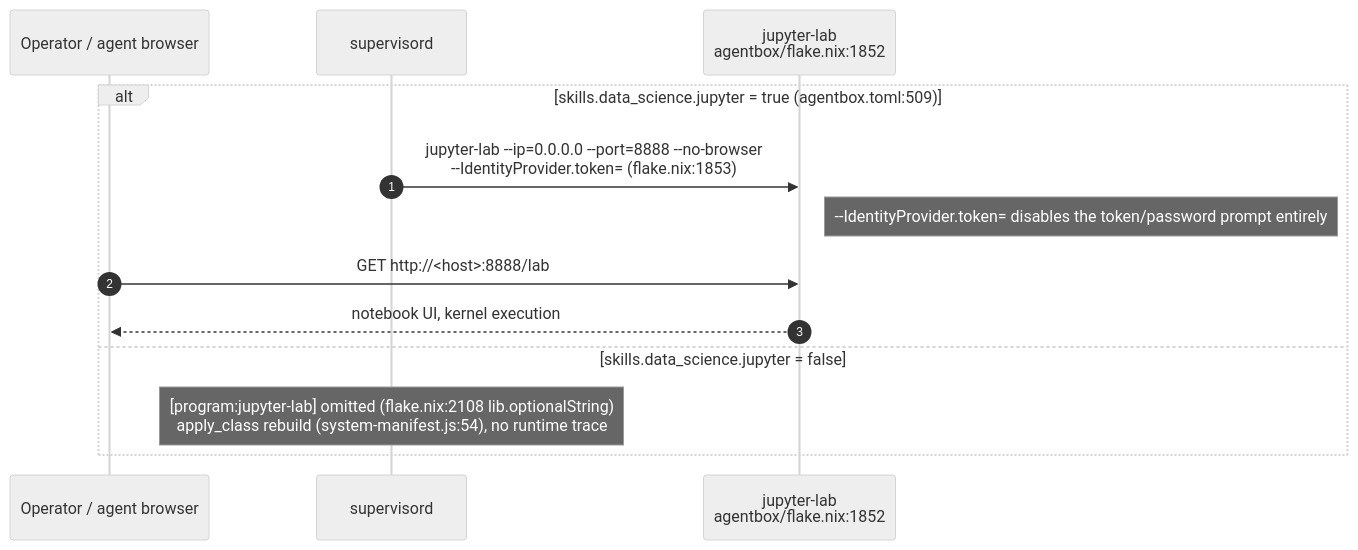
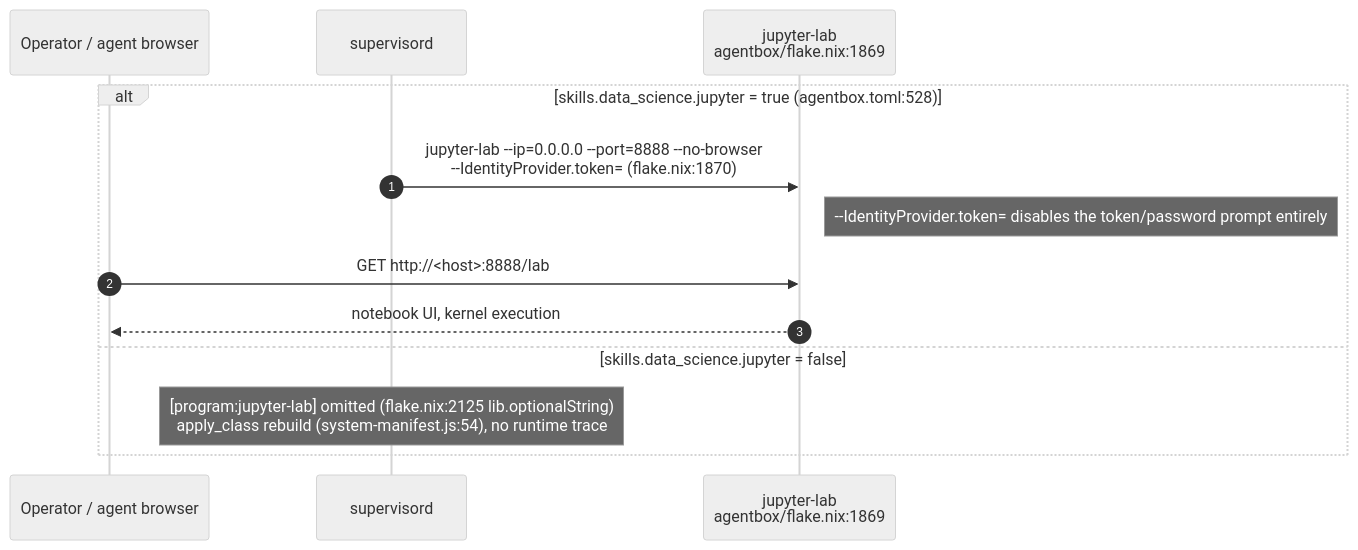
One commit to DreamLab-AI/AR-AI-Knowledge-Graph changed the fifth of 12 diagrams in docs/diagrams/agentbox/27-media-gpu-capability-services.md. Above: the diagram before and after it, drawn with Mermaid (neutral theme). The commit also changed other lines of this file and 73 other files, not shown here.

First line of the commit message:
docs(diagrams): re-verify all 71 topic files against HEAD; add --cite-check

````diff
--- a/docs/diagrams/agentbox/27-media-gpu-capability-services.md
+++ b/docs/diagrams/agentbox/27-media-gpu-capability-services.md
@@ -177,16 +177,16 @@
 ```mermaid
 sequenceDiagram
     autonumber
     participant Op as Operator / agent browser
     participant Sup as supervisord
-    participant Lab as jupyter-lab<br/>agentbox/flake.nix:1852
+    participant Lab as jupyter-lab<br/>agentbox/flake.nix:1869
 
-    alt skills.data_science.jupyter = true (agentbox.toml:509)
-        Sup->>Lab: jupyter-lab --ip=0.0.0.0 --port=8888 --no-browser<br/>--IdentityProvider.token= (flake.nix:1853)
+    alt skills.data_science.jupyter = true (agentbox.toml:528)
+        Sup->>Lab: jupyter-lab --ip=0.0.0.0 --port=8888 --no-browser<br/>--IdentityProvider.token= (flake.nix:1870)
         Note right of Lab: --IdentityProvider.token= disables the token/password prompt entirely
         Op->>Lab: GET http://<host>:8888/lab
         Lab-->>Op: notebook UI, kernel execution
     else skills.data_science.jupyter = false
-        Note over Sup: [program:jupyter-lab] omitted (flake.nix:2108 lib.optionalString)<br/>apply_class rebuild (system-manifest.js:54), no runtime trace
+        Note over Sup: [program:jupyter-lab] omitted (flake.nix:2125 lib.optionalString)<br/>apply_class rebuild (system-manifest.js:54), no runtime trace
     end
 ```
````
